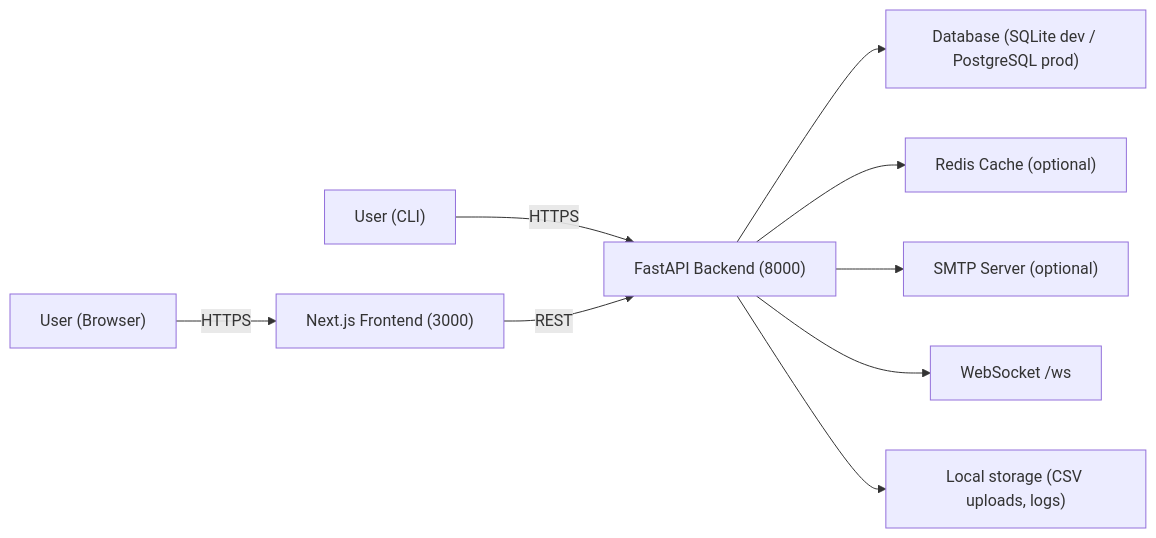
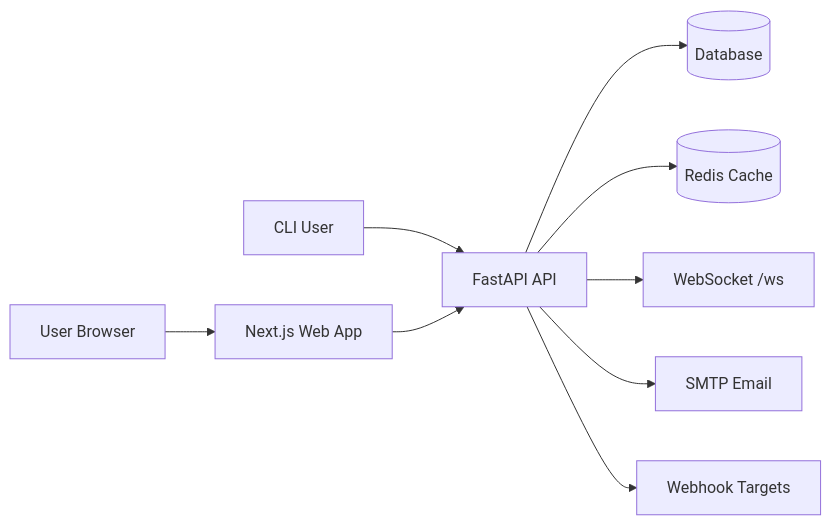
One commit to sylvester-francis/Resource-Reserver changed the first of 4 diagrams in README.md. Above: the diagram before and after it, drawn with Mermaid. The commit also changed other lines of this file and 36 other files, not shown here.

````diff
--- a/README.md
+++ b/README.md
@@ -48,11 +196,11 @@
 ```mermaid
 flowchart LR
-    UserBrowser["User (Browser)"] -->|HTTPS| NextApp["Next.js Frontend (3000)"]
-    UserCLI["User (CLI)"] -->|HTTPS| API["FastAPI Backend (8000)"]
-    NextApp -->|REST| API
-    API --> DB["Database (SQLite dev / PostgreSQL prod)"]
-    API --> Redis["Redis Cache (optional)"]
-    API --> Email["SMTP Server (optional)"]
-    API --> WS["WebSocket /ws"]
-    API --> Storage["Local storage (CSV uploads, logs)"]
+    User[User Browser] --> Web[Next.js Web App]
+    CLI[CLI User] --> API[FastAPI API]
+    Web --> API
+    API --> DB[(Database)]
+    API --> Redis[(Redis Cache)]
+    API --> WS[WebSocket /ws]
+    API --> Email[SMTP Email]
+    API --> Hooks[Webhook Targets]
 ```
````
